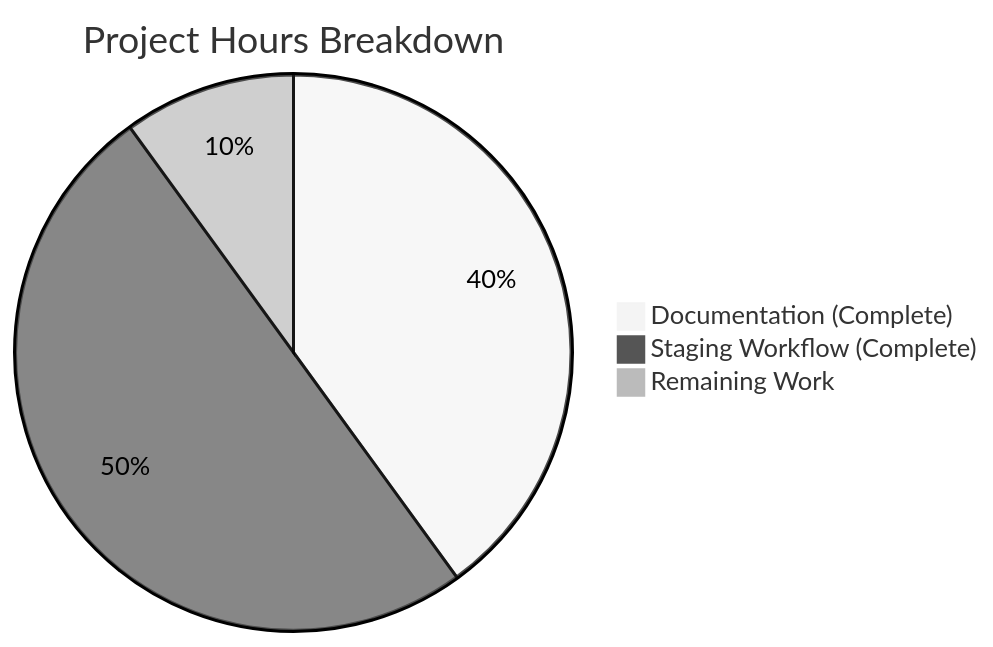
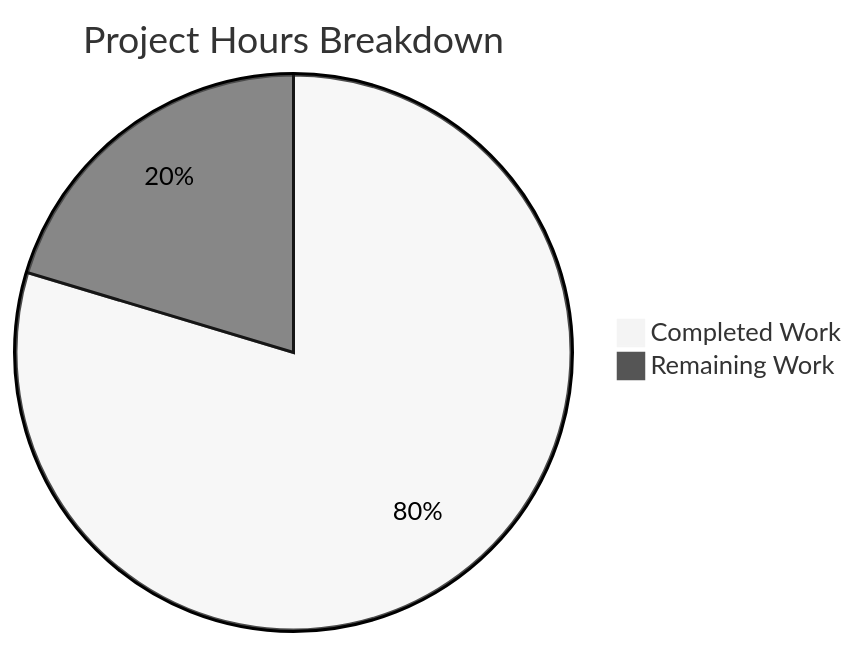
One commit to ajitblitzy/Test1 changed the diagram in blitzy/documentation/Project Guide.md. Above: the diagram before and after it, drawn with Mermaid (neutral theme). The commit also changed other lines of this file, not shown here.

Commit message:
Adding Blitzy Project Guide: Project Status and Human Tasks Remaining

````diff
--- a/blitzy/documentation/Project Guide.md
+++ b/blitzy/documentation/Project Guide.md
@@ -135,6 +124,5 @@
 ```mermaid
 pie title Project Hours Breakdown
-    "Documentation (Complete)" : 4
-    "Staging Workflow (Complete)" : 5
-    "Remaining Work" : 1
+    "Completed Work" : 90
+    "Remaining Work" : 23
 ```
````
